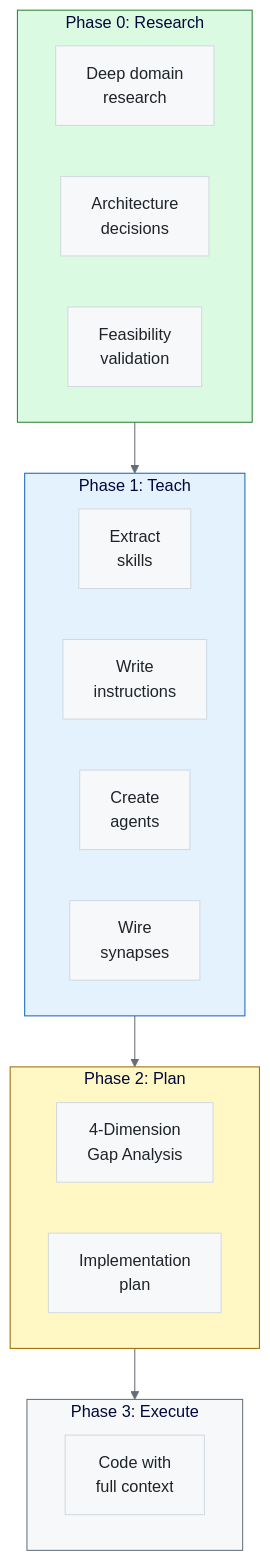
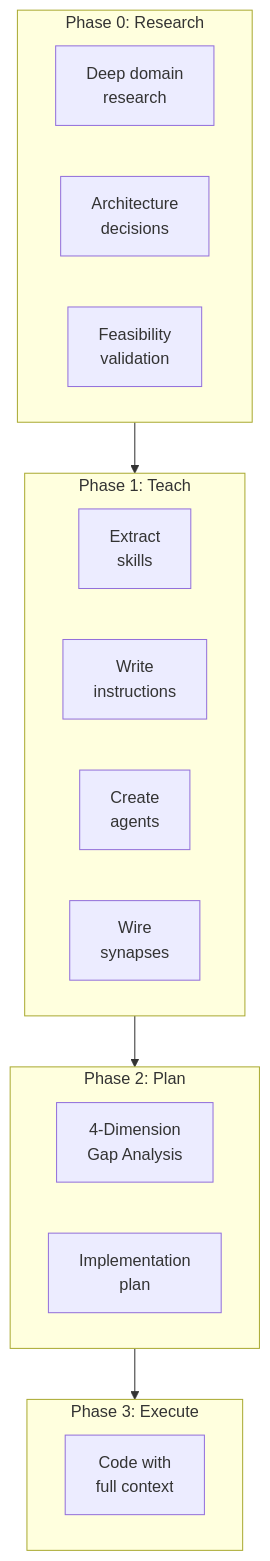
One commit to fabioc-aloha/Alex_Plug_In changed the first of 4 diagrams in alex_docs/architecture/RESEARCH-FIRST-DEVELOPMENT.md. Above: the diagram before and after it, drawn with Mermaid. The commit also changed other lines of this file and 282 other files, not shown here.

````diff
--- a/alex_docs/architecture/RESEARCH-FIRST-DEVELOPMENT.md
+++ b/alex_docs/architecture/RESEARCH-FIRST-DEVELOPMENT.md
@@ -47,32 +47,26 @@
 ```mermaid
-%%{init: {'theme': 'base', 'themeVariables': { 'primaryColor': '#f6f8fa', 'primaryTextColor': '#1f2328', 'primaryBorderColor': '#d1d9e0', 'lineColor': '#656d76', 'secondaryColor': '#dafbe1', 'tertiaryColor': '#fff8c5', 'background': '#ffffff', 'mainBkg': '#f6f8fa', 'nodeBorder': '#d1d9e0'}}}%%
 flowchart TD
     subgraph P0["Phase 0: Research"]
         R1["Deep domain\nresearch"]
         R2["Architecture\ndecisions"]
         R3["Feasibility\nvalidation"]
     end
 
     subgraph P1["Phase 1: Teach"]
         T1["Extract\nskills"]
         T2["Write\ninstructions"]
         T3["Create\nagents"]
         T4["Wire\nsynapses"]
     end
 
     subgraph P2["Phase 2: Plan"]
         GA["4-Dimension\nGap Analysis"]
         PL["Implementation\nplan"]
     end
 
     subgraph P3["Phase 3: Execute"]
         EX["Code with\nfull context"]
     end
 
     P0 --> P1 --> P2 --> P3
-
-    style P0 fill:#dafbe1,stroke:#2e7d32
-    style P1 fill:#e3f2fd,stroke:#1565c0
-    style P2 fill:#fff8c5,stroke:#9a6700
-    style P3 fill:#f6f8fa,stroke:#656d76
 ```
````
